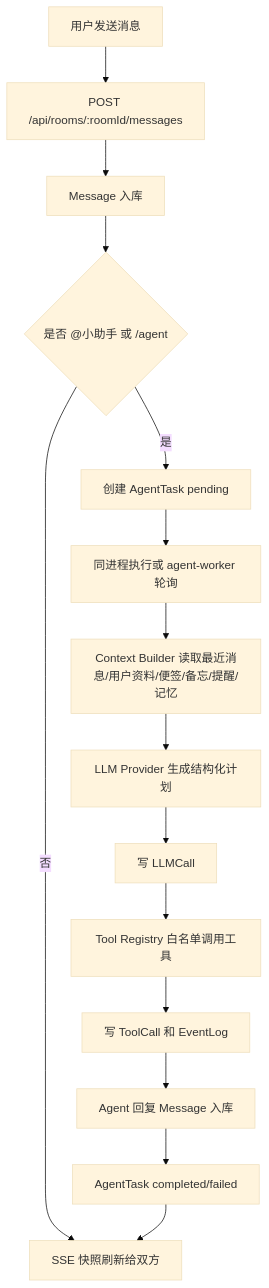
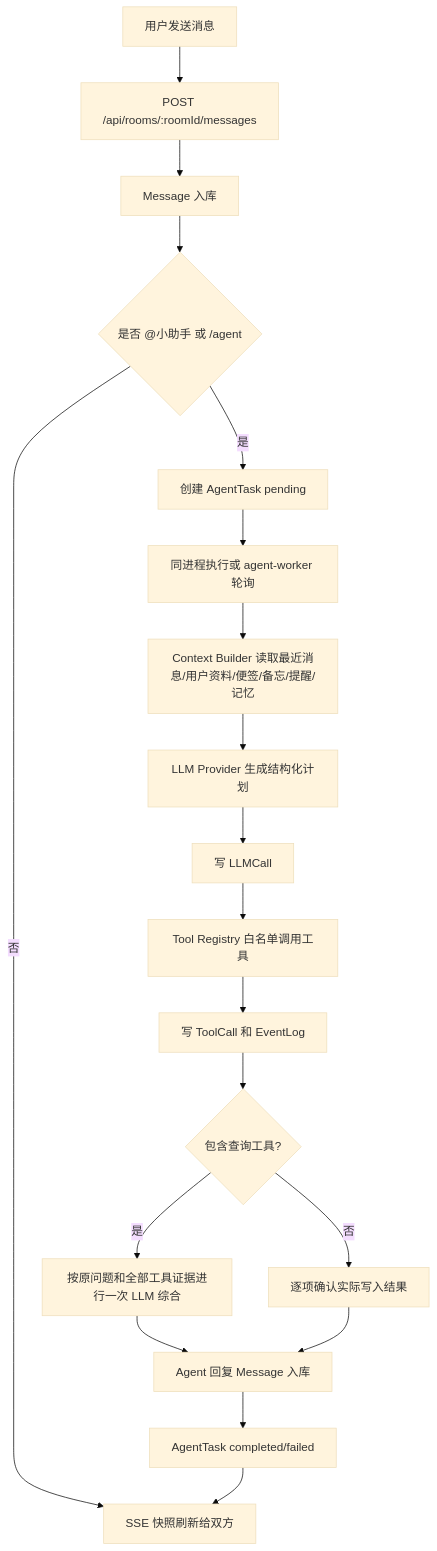
Before and after one commit to liuxiaoxuanmmj/xoxoMeridian: the diagram in README.md, drawn with Mermaid (base theme). The commit also changed other lines of this file and 24 other files, not shown here.

````diff
--- a/README.md
+++ b/README.md
@@ -86,17 +86,21 @@
 ```mermaid
 flowchart TD
   A[用户发送消息] --> B[POST /api/rooms/:roomId/messages]
   B --> C[Message 入库]
   C --> D{是否 @小助手 或 /agent}
   D -- 否 --> E[SSE 快照刷新给双方]
   D -- 是 --> F[创建 AgentTask pending]
   F --> G[同进程执行或 agent-worker 轮询]
   G --> H[Context Builder 读取最近消息/用户资料/便签/备忘/提醒/记忆]
   H --> I[LLM Provider 生成结构化计划]
   I --> J[写 LLMCall]
   J --> K[Tool Registry 白名单调用工具]
   K --> L[写 ToolCall 和 EventLog]
-  L --> M[Agent 回复 Message 入库]
+  L --> Q{包含查询工具?}
+  Q -- 是 --> R[按原问题和全部工具证据进行一次 LLM 综合]
+  Q -- 否 --> W[逐项确认实际写入结果]
+  R --> M[Agent 回复 Message 入库]
+  W --> M
   M --> N[AgentTask completed/failed]
   N --> E
 ```
````
